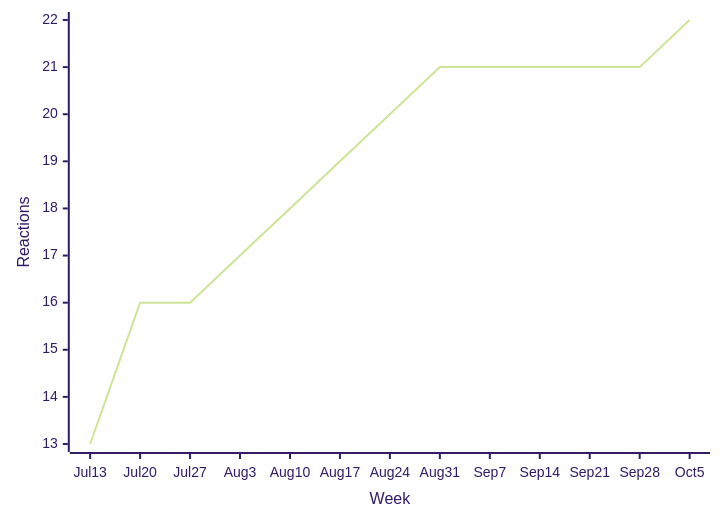
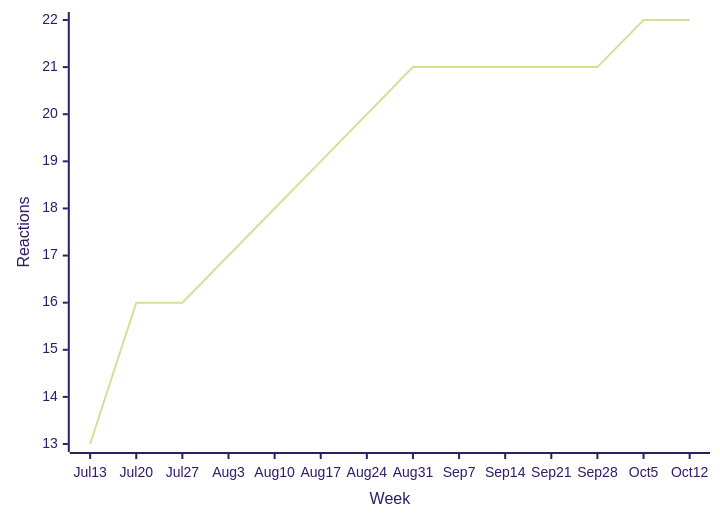
Before and after one commit to loic-sharma/github-insights: diagram 15 of 35 in README.md, drawn with Mermaid (forest theme). The commit also changed other lines of this file and 3 other files, not shown here.

````diff
--- a/README.md
+++ b/README.md
@@ -562,6 +562,6 @@
   ```mermaid
   xychart-beta
-    x-axis "Week" [Jul 13, Jul 20, Jul 27, Aug 3, Aug 10, Aug 17, Aug 24, Aug 31, Sep 7, Sep 14, Sep 21, Sep 28, Oct 5]
+    x-axis "Week" [Jul 13, Jul 20, Jul 27, Aug 3, Aug 10, Aug 17, Aug 24, Aug 31, Sep 7, Sep 14, Sep 21, Sep 28, Oct 5, Oct 12]
     y-axis "Reactions"
-    line [13, 16, 16, 17, 18, 19, 20, 21, 21, 21, 21, 21, 22]
+    line [13, 16, 16, 17, 18, 19, 20, 21, 21, 21, 21, 21, 22, 22]
   ```
````
